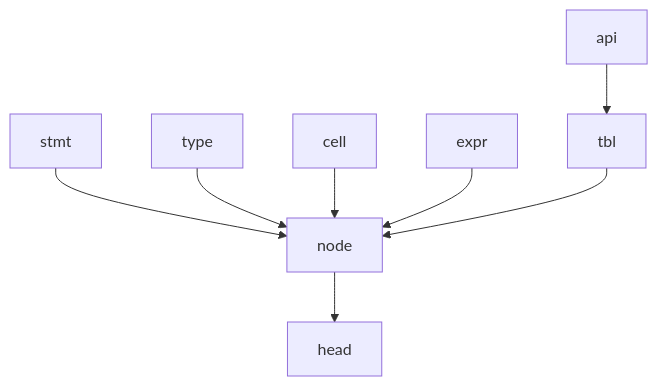
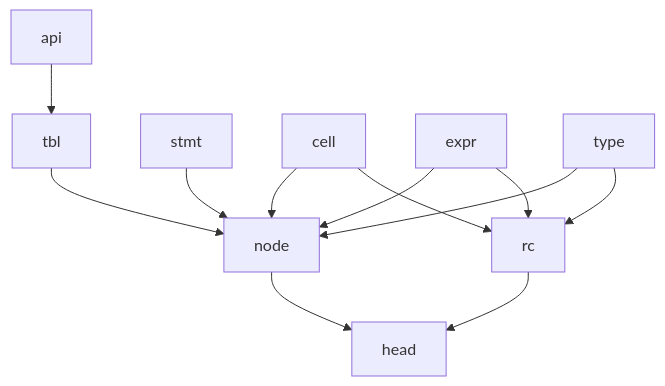
The first of 3 diagrams in src/ast/README.md (Mepy/tc), drawn with Mermaid before and after one commit. The commit also changed other lines of this file and 8 other files, not shown here.

````diff
--- a/src/ast/README.md
+++ b/src/ast/README.md
@@ -31,13 +31,17 @@
 ```Mermaid
 graph TD
 api  --> tbl
 
 stmt --> node
-type --> node
 cell --> node
 expr --> node
+type --> node
+cell --> rc
+expr --> rc
+type --> rc
 
 tbl  --> node
 
 node --> head
+rc   --> head
 ```
````
